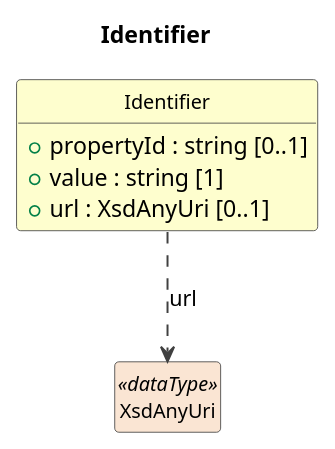
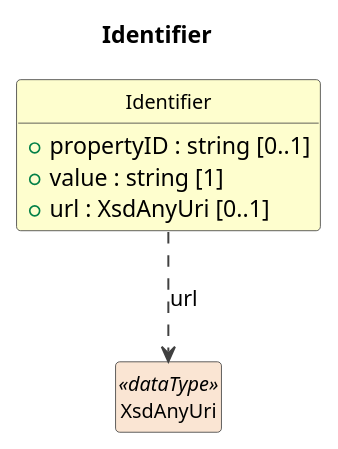
One commit to Cross-Domain-Interoperability-Framework/metadataBuildingBlocks changed the diagram in cdif-uml-model/_plantuml/cdifCore/Classes/Identifier.pu. Above: the diagram before and after it, drawn with PlantUML. The commit also changed 619 other files, not shown here.

```diff
--- a/cdif-uml-model/_plantuml/cdifCore/Classes/Identifier.pu
+++ b/cdif-uml-model/_plantuml/cdifCore/Classes/Identifier.pu
@@ -1,21 +1,21 @@
 @startuml
 title Identifier
 hide circle
 hide empty members
 skinparam shadowing false
 skinparam ArrowThickness 1.2
 skinparam class {
   ArrowColor #404040
   BorderColor #404040
   FontSize 12
 }
 
 class "Identifier" as Identifier #FEFECE {
-  +propertyId : string [0..1]
+  +propertyID : string [0..1]
   +value : string [1]
   +url : XsdAnyUri [0..1]
 }
 class "XsdAnyUri" as XsdAnyUri <<dataType>> #FAE5D3
 Identifier ..> XsdAnyUri : url
 
 @enduml
```
